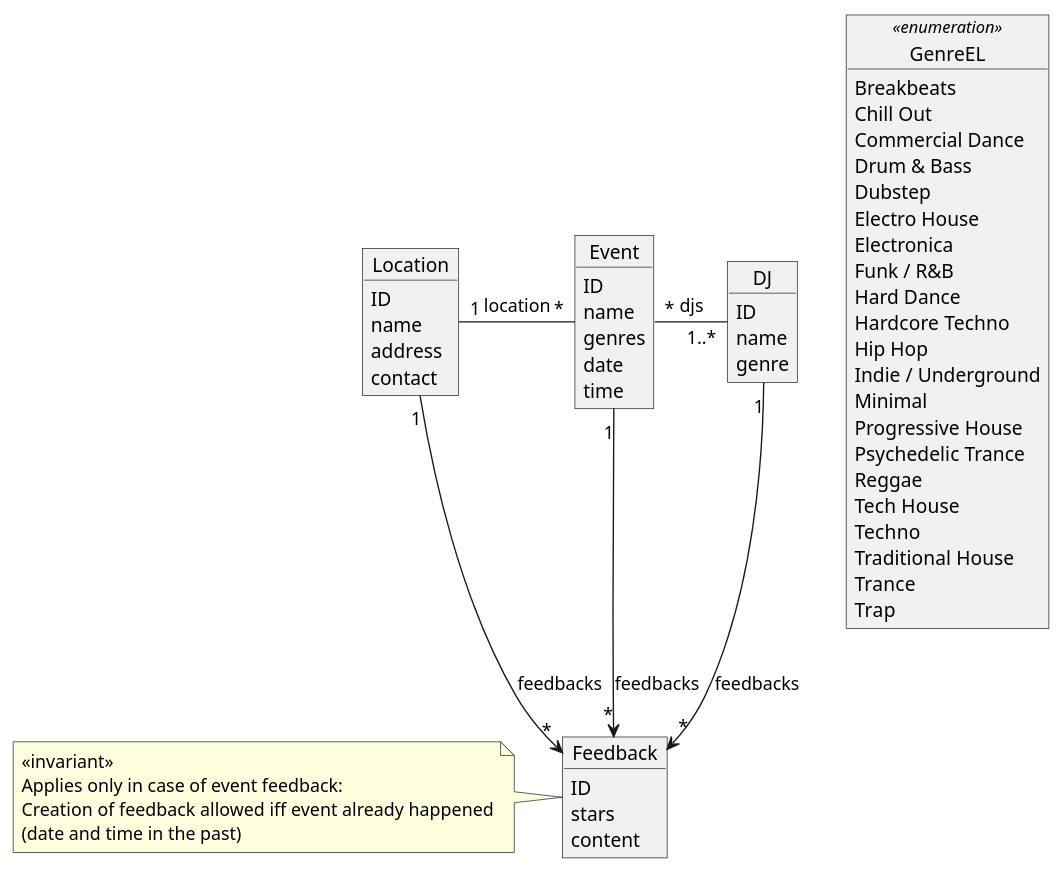
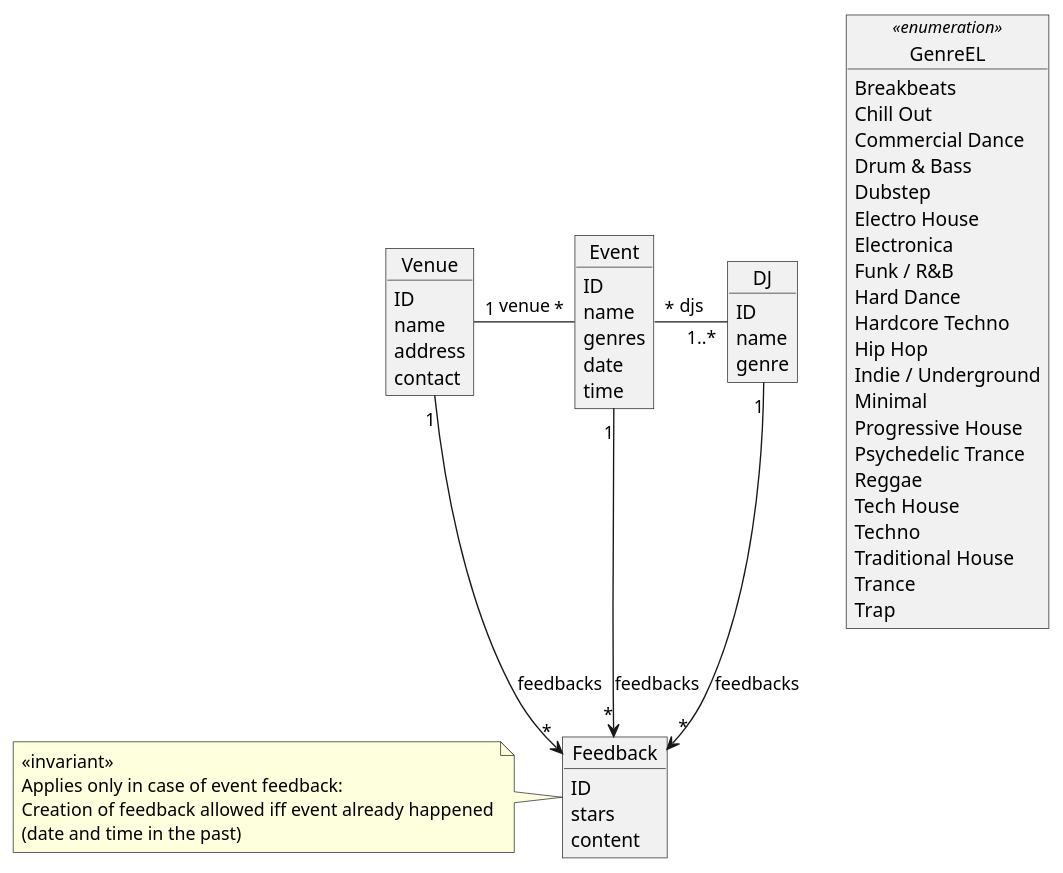
One commit to germede/djlokal changed the diagram in uml/dim.puml. Above: the diagram before and after it, drawn with PlantUML. The commit also changed 1 other file, not shown here.

Commit message:
Rename location -> venue

```diff
--- a/uml/dim.puml
+++ b/uml/dim.puml
@@ -1,69 +1,69 @@
 @startuml model
 
 object GenreEL <<enumeration>> {
   Breakbeats
   Chill Out
   Commercial Dance
   Drum & Bass
   Dubstep
   Electro House
   Electronica
   Funk / R&B
   Hard Dance
   Hardcore Techno
   Hip Hop
   Indie / Underground
   Minimal
   Progressive House
   Psychedelic Trance
   Reggae
   Tech House
   Techno
   Traditional House
   Trance
   Trap
 }
 
 object Event {
   ID
   name
   genres
   date
   time
 }
 
-object Location {
+object DJ {
+  ID
+  name
+  genre
+}
+
+object Venue {
   ID
   name
   address
   contact
-}
-
-object DJ {
-  ID
-  name
-  genre
 }
 
 object Feedback {
   ID
   stars
   content
 }
 
 note left
   <<invariant>>
   Applies only in case of event feedback:
   Creation of feedback allowed iff event already happened
   (date and time in the past)
 end note
 
 
 Event "1" --> "*" Feedback : feedbacks
-Location "1" --> "*" Feedback : feedbacks
+Venue "1" --> "*" Feedback : feedbacks
 DJ "1" --> "*" Feedback : feedbacks
 
-Event "*" -left- "1" Location : location
+Event "*" -left- "1" Venue : venue
 Event "*" -right- "1..*" DJ : djs
 
 @enduml
```
